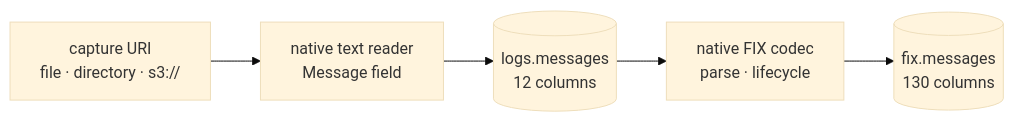
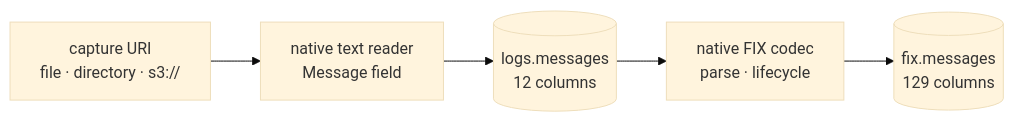
One commit to Platob/yggfin changed the diagram in docs/index.md. Above: the diagram before and after it, drawn with Mermaid (base theme). The commit also changed 12 other files, not shown here.

````diff
--- a/docs/index.md
+++ b/docs/index.md
@@ -38,7 +38,7 @@
 ```mermaid
 flowchart LR
     S["capture URI<br/>file · directory · s3://"] --> T["native text reader<br/>Message field"]
     T --> M[("logs.messages<br/>12 columns")]
     M --> F["native FIX codec<br/>parse · lifecycle"]
-    F --> O[("fix.messages<br/>130 columns")]
+    F --> O[("fix.messages<br/>129 columns")]
 ```
````
